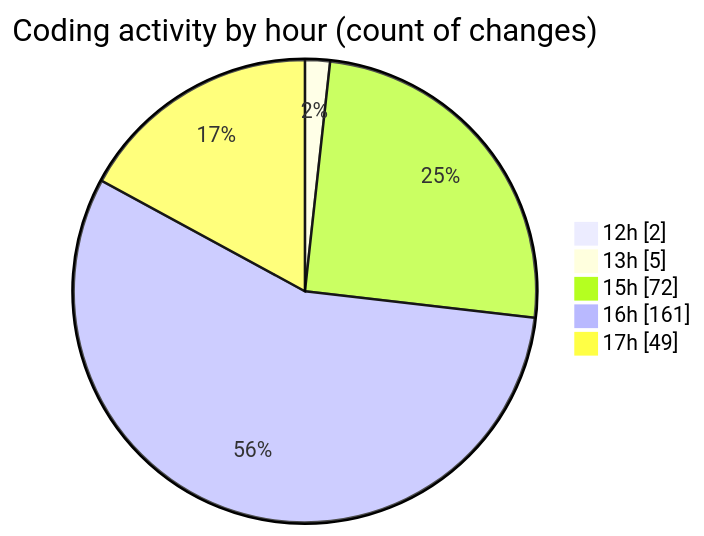
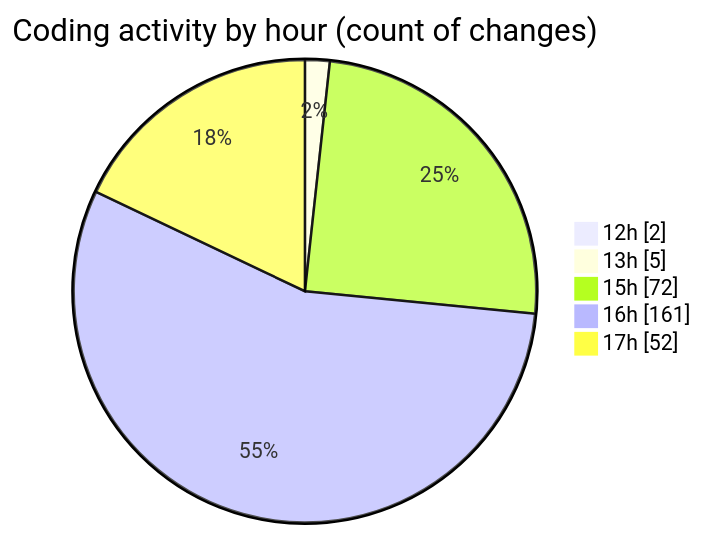
One commit to EIIisD/code-tracking changed the second of 2 diagrams in 2025-07-12/fish/README.md. Above: the diagram before and after it, drawn with Mermaid. The commit also changed other lines of this file and 1 other file, not shown here.

````diff
--- a/2025-07-12/fish/README.md
+++ b/2025-07-12/fish/README.md
@@ -169,9 +172,9 @@
 ```mermaid
 pie showData
 title Coding activity by hour (count of changes)
 "12h" : 2
 "13h" : 5
 "15h" : 72
 "16h" : 161
-"17h" : 49
+"17h" : 52
 ```
````
